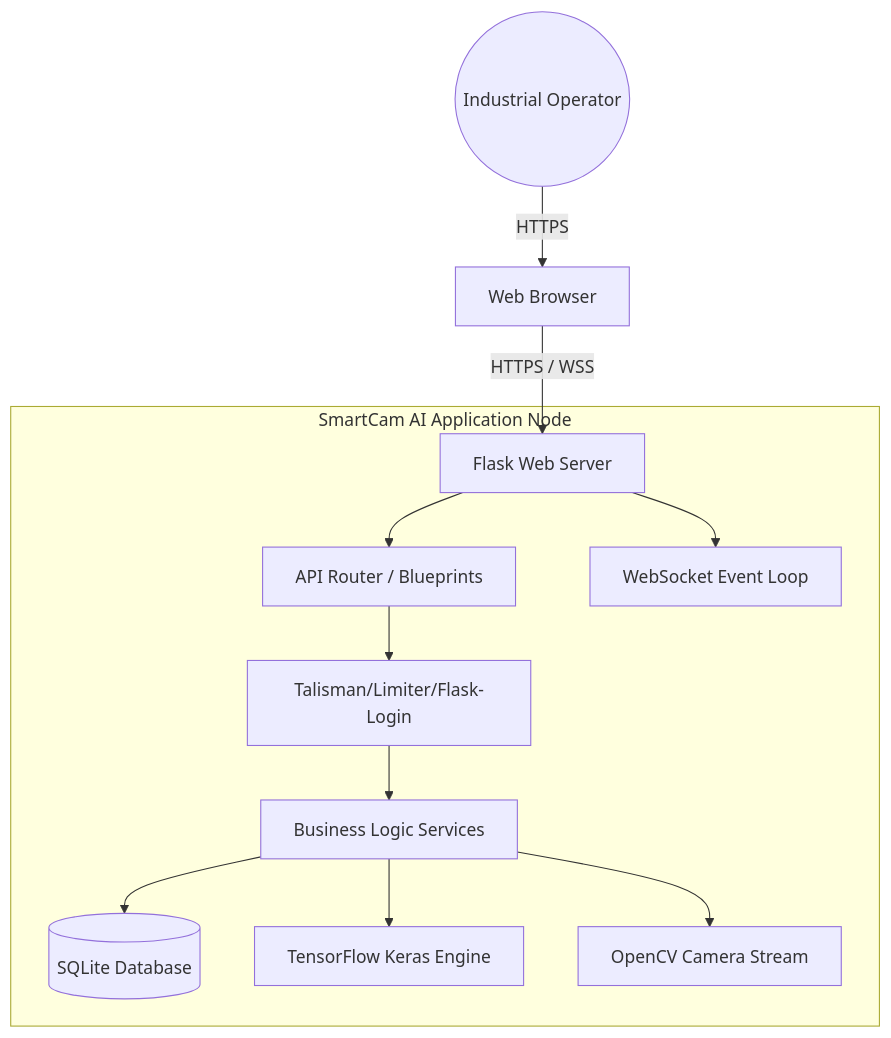
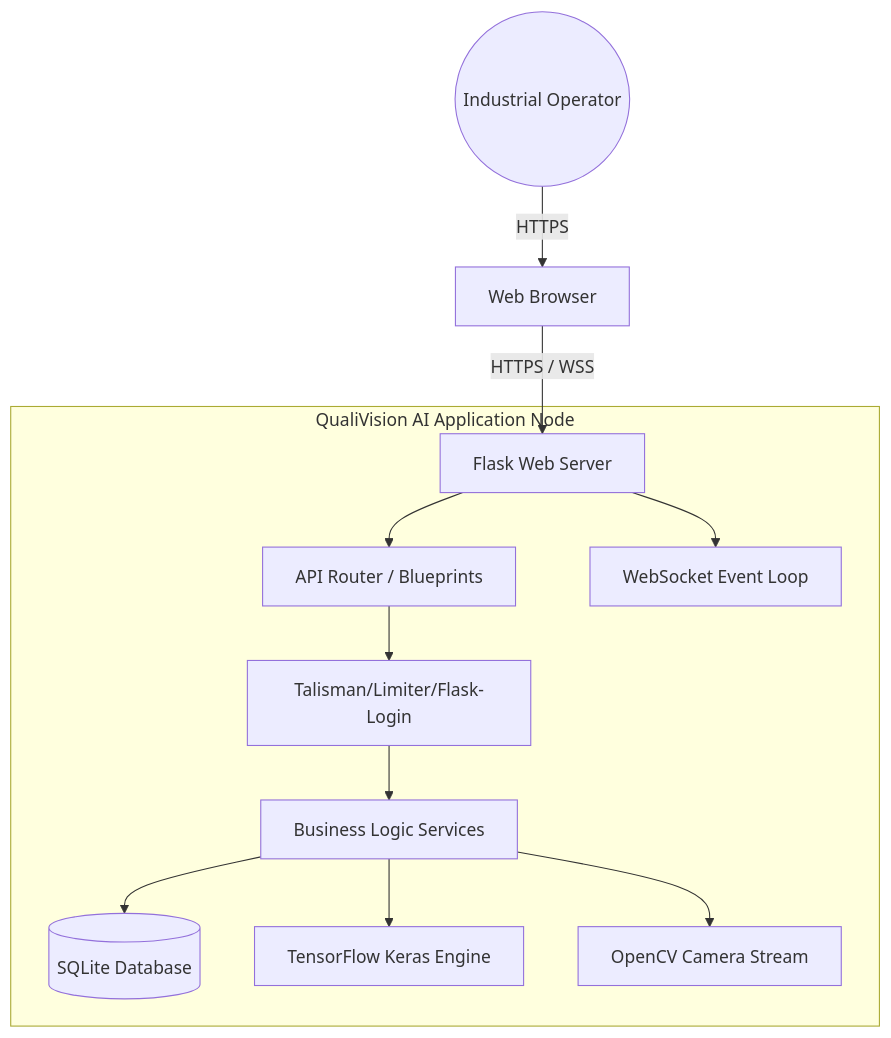
One commit to JiphinGeorge/SmartCam-AI---Industrial-Quality-Control-System changed the first of 5 diagrams in docs/PROJECT_ARCHITECTURE.md. Above: the diagram before and after it, drawn with Mermaid. The commit also changed other lines of this file and 43 other files, not shown here.

````diff
--- a/docs/PROJECT_ARCHITECTURE.md
+++ b/docs/PROJECT_ARCHITECTURE.md
@@ -7,17 +7,17 @@
 ```mermaid
 graph TD
     User((Industrial Operator)) -->|HTTPS| WebBrowser[Web Browser]
     WebBrowser -->|HTTPS / WSS| FlaskServer[Flask Web Server]
     
-    subgraph SmartCam AI Application Node
+    subgraph QualiVision AI Application Node
         FlaskServer --> APIRouter[API Router / Blueprints]
         FlaskServer --> SocketRouter[WebSocket Event Loop]
         
         APIRouter --> Security[Talisman/Limiter/Flask-Login]
         Security --> Services[Business Logic Services]
         
         Services --> DB[(SQLite Database)]
         Services --> AIEngine[TensorFlow Keras Engine]
         Services --> CameraEngine[OpenCV Camera Stream]
     end
 ```
````
